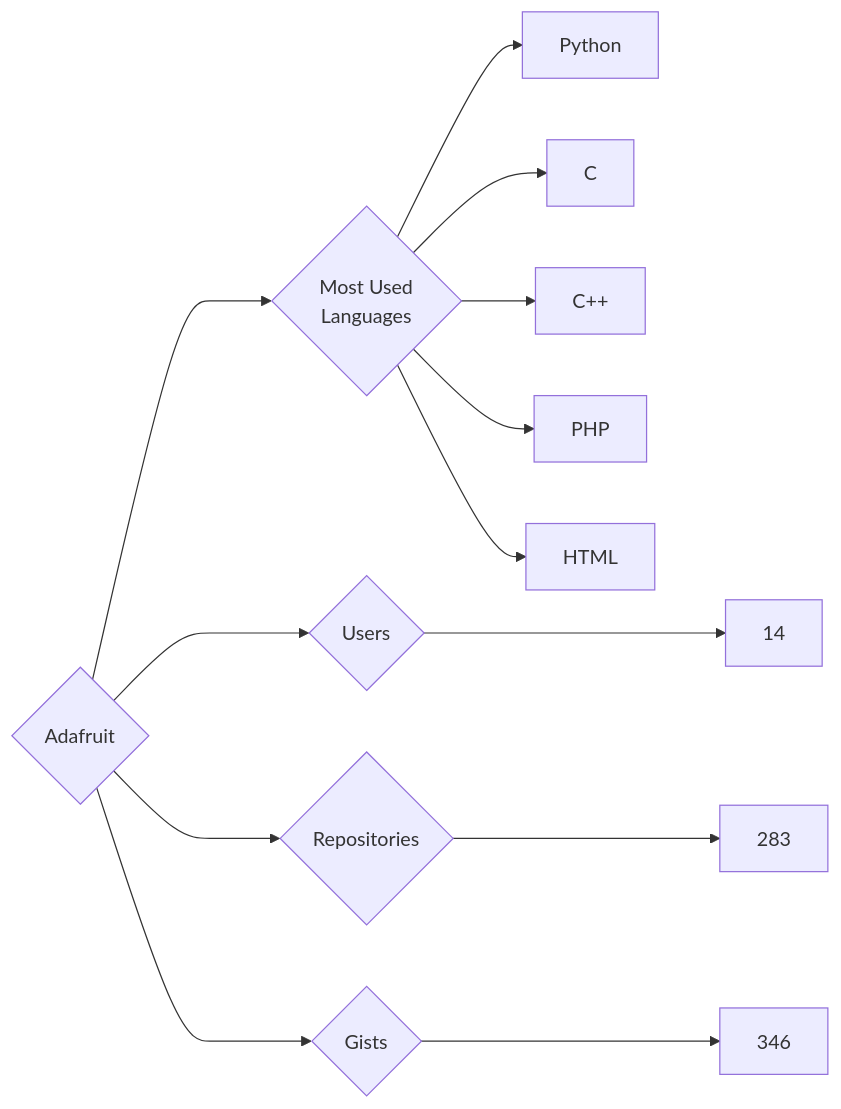
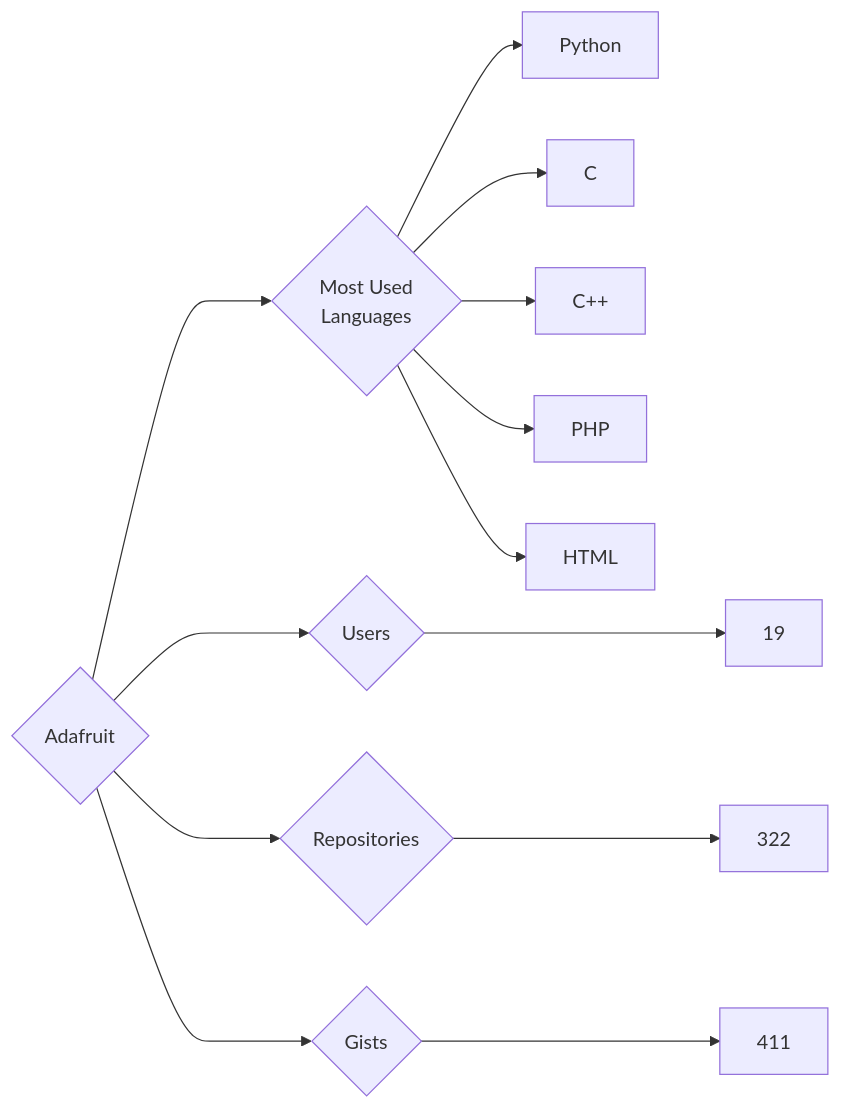
The diagram in targets/Adafruit/README.md (trickest/insiders), drawn with Mermaid before and after one commit. The commit also changed 845 other files, not shown here.

````diff
--- a/targets/Adafruit/README.md
+++ b/targets/Adafruit/README.md
@@ -3,13 +3,13 @@
 ```mermaid
 graph LR
 COMPANY_NAME{Adafruit}
-COMPANY_NAME ---> U{Users} ---> UN[14]
-COMPANY_NAME ---> R{Repositories} ---> RN[283]
-COMPANY_NAME ---> G{Gists} ---> GN[346]
+COMPANY_NAME ---> U{Users} ---> UN[19]
+COMPANY_NAME ---> R{Repositories} ---> RN[322]
+COMPANY_NAME ---> G{Gists} ---> GN[411]
 COMPANY_NAME ---> ML{Most Used<br>Languages}
 ML --> Python[Python]
 ML --> C[C]
 ML --> C++[C++]
 ML --> PHP[PHP]
 ML --> HTML[HTML]
 ```
````
